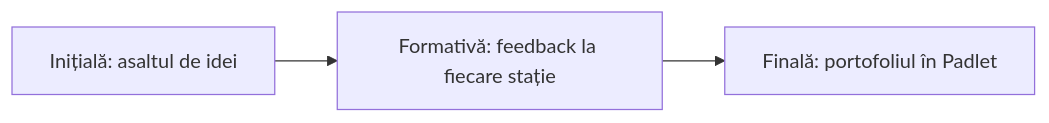
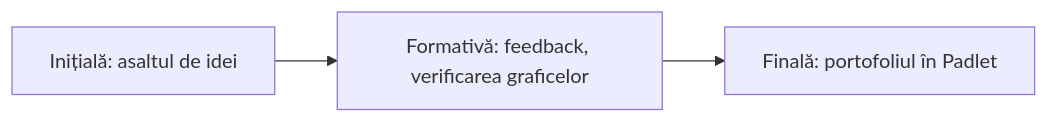
Before and after one commit to nudoarmetudor/ghid-labdisc: the second of 2 diagrams in sursa/content/formare/rezultate.md, drawn with Mermaid. The commit also changed other lines of this file and 31 other files, not shown here.

````diff
--- a/sursa/content/formare/rezultate.md
+++ b/sursa/content/formare/rezultate.md
@@ -60,5 +58,5 @@
 ```mermaid
 flowchart LR
-  I["Inițială: asaltul de idei"] --> F["Formativă: feedback la fiecare stație"]
+  I["Inițială: asaltul de idei"] --> F["Formativă: feedback, verificarea graficelor"]
   F --> S["Finală: portofoliul în Padlet"]
 ```
````
